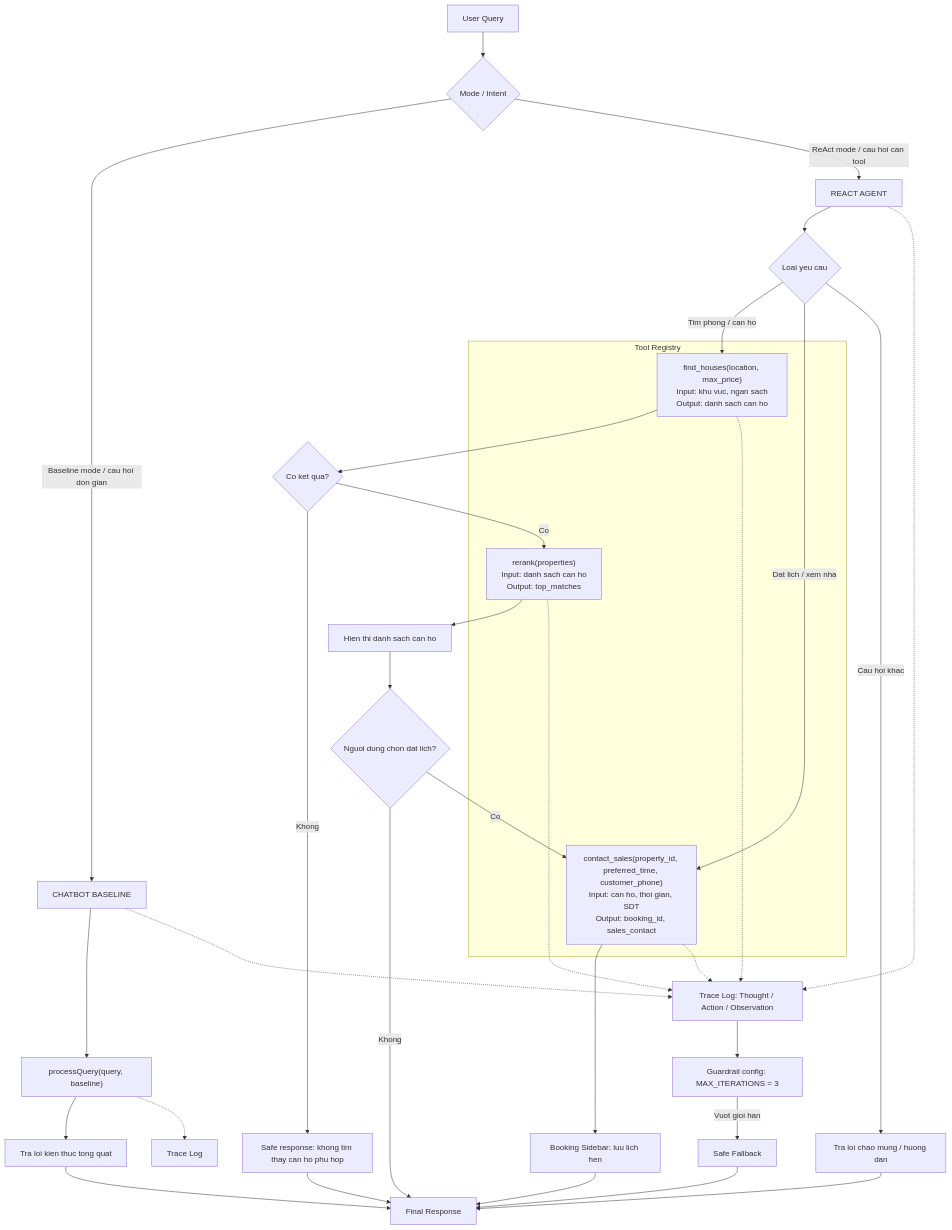
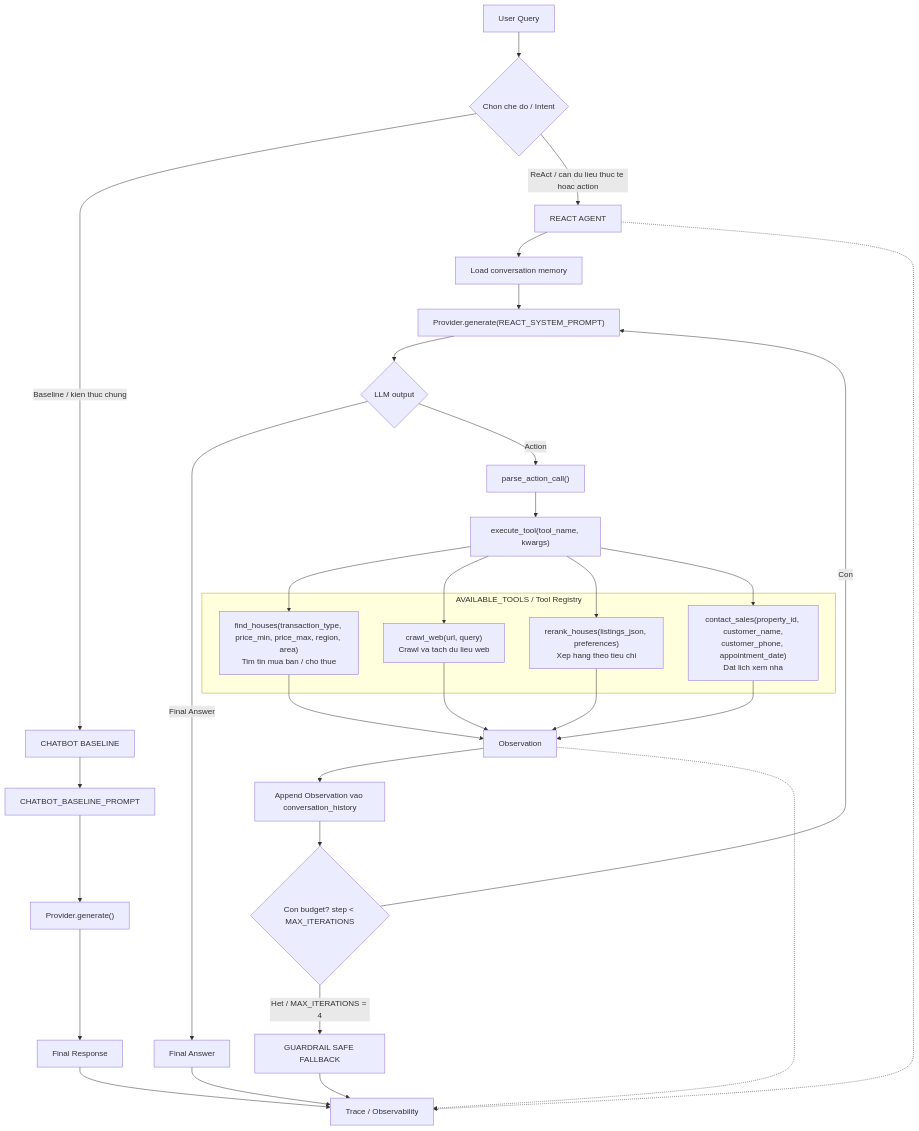
The diagram in docs/hybrid_flowchart.mermaid (lbngyn/K3-Day03-Lab-Chatbot-vs-react-agent-E403), drawn with Mermaid before and after one commit.

Commit message:
Moc 4: Cross Audit & Hybrid Flowchart Hoan thanh

```diff
--- a/docs/hybrid_flowchart.mermaid
+++ b/docs/hybrid_flowchart.mermaid
@@ -1,49 +1,48 @@
-%% Hybrid Flowchart cho UI React Agent Dashboard
-%% Khop voi ui/src/utils/reactAgentSimulator.js va ui/src/data/toolsRegistry.js
+%% Hybrid Flowchart - Chatbot Baseline vs ReAct Agent
+%% Dong bo voi src/app.py, src/prompts.py va src/tools.py
 
 flowchart TD
-    A["User Query"] --> B{"Mode / Intent"}
+    A["User Query"] --> B{"Chon che do / Intent"}
 
-    %% Chatbot Baseline: phan hoi sach, khong goi tool
-    B -->|"Baseline mode / cau hoi don gian"| C["CHATBOT BASELINE"]
-    C --> D["processQuery(query, baseline)"]
-    D --> E["Tra loi kien thuc tong quat"]
-    E --> Z["Final Response"]
-    D -.-> T["Trace Log"]
+    %% Chatbot Baseline: mot LLM call, khong goi tool
+    B -->|"Baseline / kien thuc chung"| C["CHATBOT BASELINE"]
+    C --> D["CHATBOT_BASELINE_PROMPT"]
+    D --> E["Provider.generate()"]
+    E --> F["Final Response"]
+    F --> T["Trace / Observability"]
 
-    %% ReAct Agent: phan tich yeu cau va chon tool tu registry
-    B -->|"ReAct mode / cau hoi can tool"| F["REACT AGENT"]
-    F --> G{"Loai yeu cau"}
+    %% ReAct Agent loop
+    B -->|"ReAct / can du lieu thuc te hoac action"| R["REACT AGENT"]
+    R --> H["Load conversation memory"]
+    H --> I["Provider.generate(REACT_SYSTEM_PROMPT)"]
+    I --> J{"LLM output"}
 
-    subgraph Tool_Registry ["Tool Registry"]
-        H["find_houses(location, max_price)<br/>Input: khu vuc, ngan sach<br/>Output: danh sach can ho"]
-        J["rerank(properties)<br/>Input: danh sach can ho<br/>Output: top_matches"]
-        M["contact_sales(property_id, preferred_time, customer_phone)<br/>Input: can ho, thoi gian, SDT<br/>Output: booking_id, sales_contact"]
+    J -->|"Final Answer"| K["Final Answer"]
+    K --> T
+
+    J -->|"Action"| L["parse_action_call()"]
+    L --> M["execute_tool(tool_name, kwargs)"]
+
+    subgraph Tool_Registry ["AVAILABLE_TOOLS / Tool Registry"]
+        N["find_houses(transaction_type, price_min, price_max, region, area)<br/>Tim tin mua ban / cho thue"]
+        O["crawl_web(url, query)<br/>Crawl va tach du lieu web"]
+        P["rerank_houses(listings_json, preferences)<br/>Xep hang theo tieu chi"]
+        Q["contact_sales(property_id, customer_name,<br/>customer_phone, appointment_date)<br/>Dat lich xem nha"]
     end
 
-    G -->|"Tim phong / can ho"| H
-    H --> I{"Co ket qua?"}
-    I -->|"Khong"| N["Safe response: khong tim thay can ho phu hop"]
-    N --> Z
-    I -->|"Co"| J
-    J --> K["Hien thi danh sach can ho"]
-    K --> L{"Nguoi dung chon dat lich?"}
-    L -->|"Khong"| Z
-    L -->|"Co"| M
+    M --> N
+    M --> O
+    M --> P
+    M --> Q
+    N --> S["Observation"]
+    O --> S
+    P --> S
+    Q --> S
+    S --> U["Append Observation vao conversation_history"]
+    U --> V{"Con budget? step < MAX_ITERATIONS"}
+    V -->|"Con"| I
+    V -->|"Het / MAX_ITERATIONS = 4"| W["GUARDRAIL SAFE FALLBACK"]
+    W --> T
 
-    G -->|"Dat lich / xem nha"| M
-    M --> P["Booking Sidebar: luu lich hen"]
-    P --> Z
-
-    G -->|"Cau hoi khac"| Q["Tra loi chao mung / huong dan"]
-    Q --> Z
-
-    %% Quan sat va guardrail duoc hien thi trong dashboard
-    F -.-> R["Trace Log: Thought / Action / Observation"]
-    C -.-> R
-    H -.-> R
-    J -.-> R
-    M -.-> R
-    R --> S["Guardrail config: MAX_ITERATIONS = 3"]
-    S -->|"Vuot gioi han"| U["Safe Fallback"]
-    U --> Z
+    R -.-> T
+    S -.-> T
```
